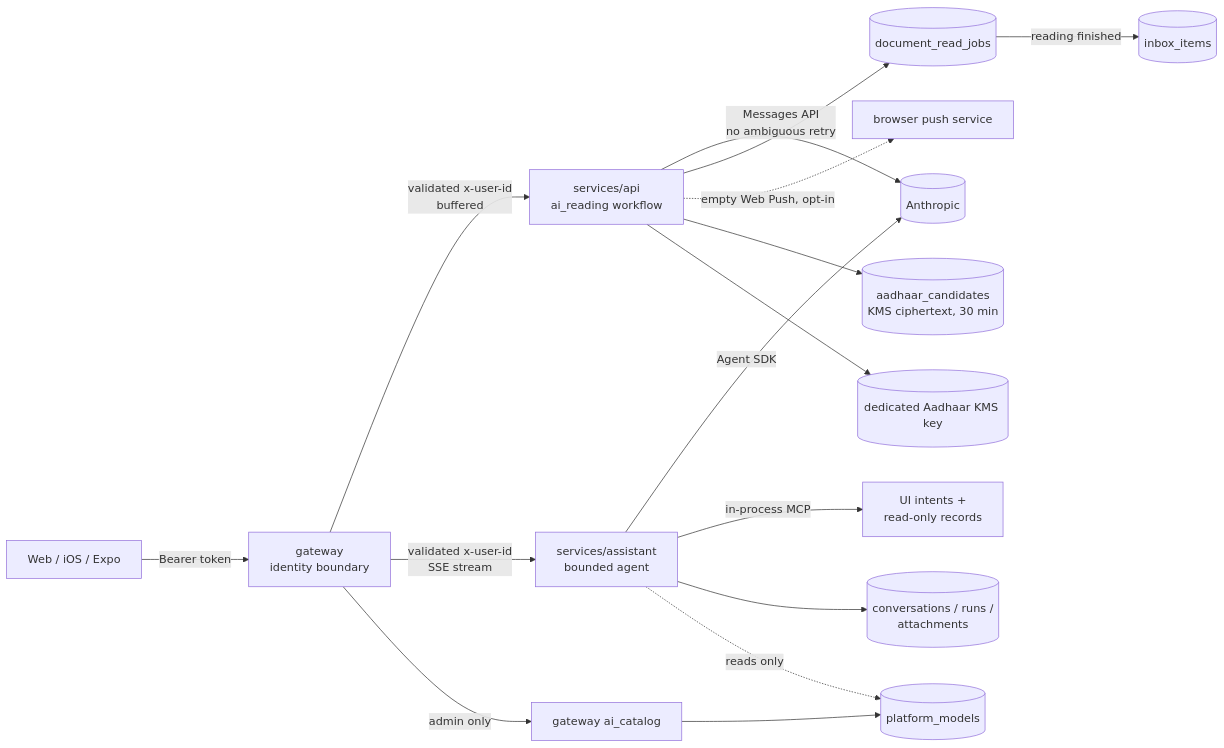
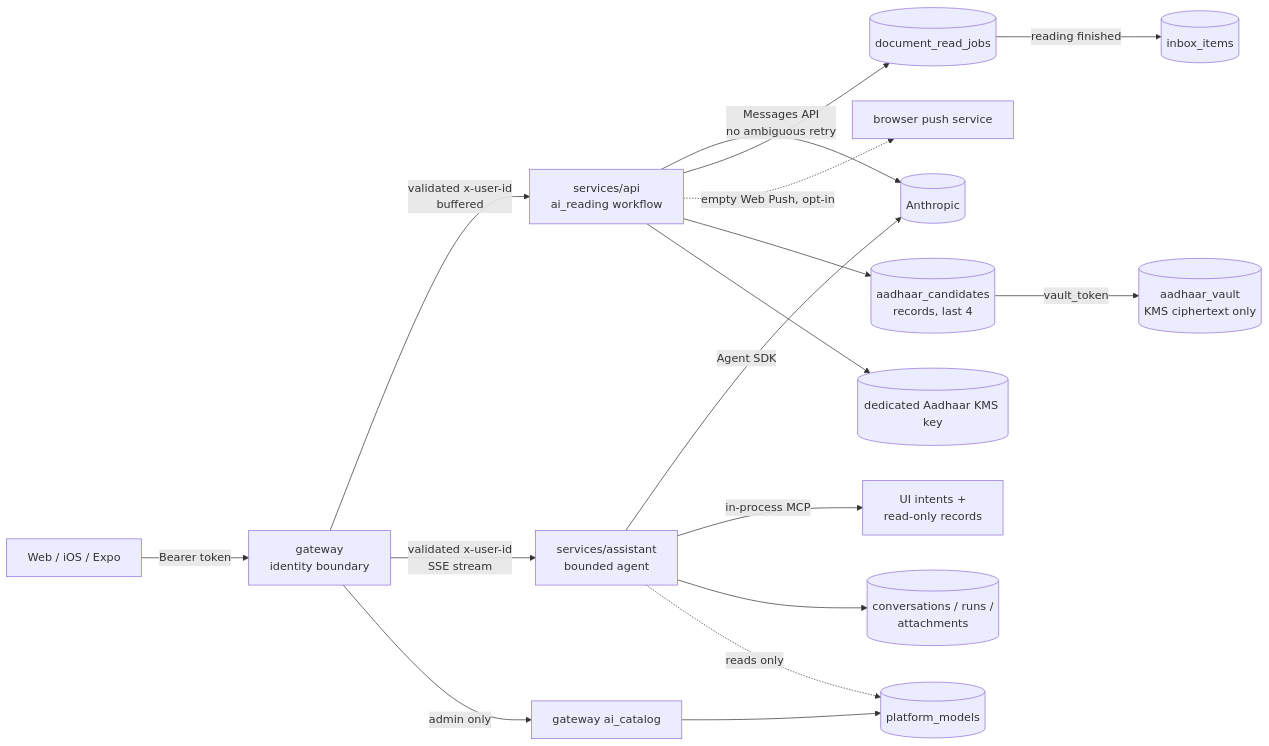
The diagram in docs/architecture/ai-system.md (reddy-sh/pattadar-platform), drawn with Mermaid before and after one commit. The commit also changed other lines of this file and 47 other files, not shown here.

````diff
--- a/docs/architecture/ai-system.md
+++ b/docs/architecture/ai-system.md
@@ -23,18 +23,19 @@
 ```mermaid
 flowchart LR
   C[Web / iOS / Expo] -->|Bearer token| G[gateway<br/>identity boundary]
   G -->|validated x-user-id<br/>buffered| API[services/api<br/>ai_reading workflow]
   G -->|validated x-user-id<br/>SSE stream| AST[services/assistant<br/>bounded agent]
   G -->|admin only| CAT[gateway ai_catalog]
   API -->|Messages API<br/>no ambiguous retry| ANT[(Anthropic)]
   AST -->|Agent SDK| ANT
   AST -->|in-process MCP| T[UI intents +<br/>read-only records]
   API --> J[(document_read_jobs)]
   J -->|reading finished| IN[(inbox_items)]
   API -.empty Web Push, opt-in.-> PS[browser push service]
-  API --> AC[(aadhaar_candidates<br/>KMS ciphertext, 30 min)]
+  API --> AC[(aadhaar_candidates<br/>records, last 4)]
+  AC -->|vault_token| AV[(aadhaar_vault<br/>KMS ciphertext only)]
   API --> AKMS[(dedicated Aadhaar KMS key)]
   AST --> R[(conversations / runs /<br/>attachments)]
   CAT --> M[(platform_models)]
   AST -.reads only.-> M
 ```
````
